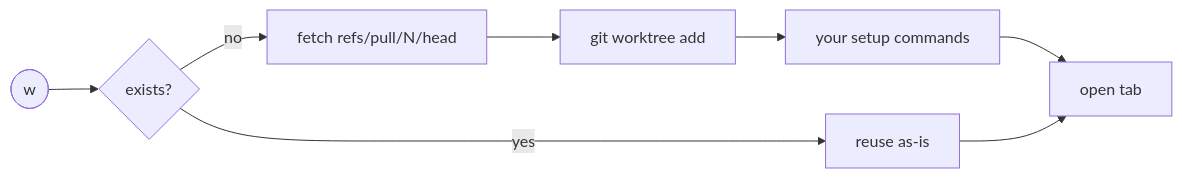
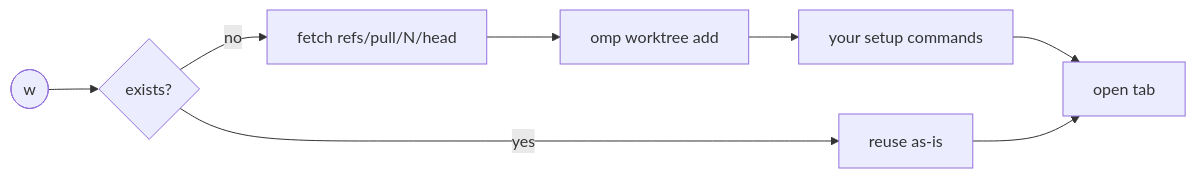
The diagram in README.md (andyhite/tern-plotroom), drawn with Mermaid before and after one commit. The commit also changed other lines of this file and 1 other file, not shown here.

````diff
--- a/README.md
+++ b/README.md
@@ -65,6 +65,6 @@
 ```mermaid
 flowchart LR
     W([w]) --> E{exists?}
-    E -- no --> F[fetch refs/pull/N/head] --> C[git worktree add] --> S[your setup commands] --> T[open tab]
+    E -- no --> F[fetch refs/pull/N/head] --> C[omp worktree add] --> S[your setup commands] --> T[open tab]
     E -- yes --> R[reuse as-is] --> T
 ```
````
